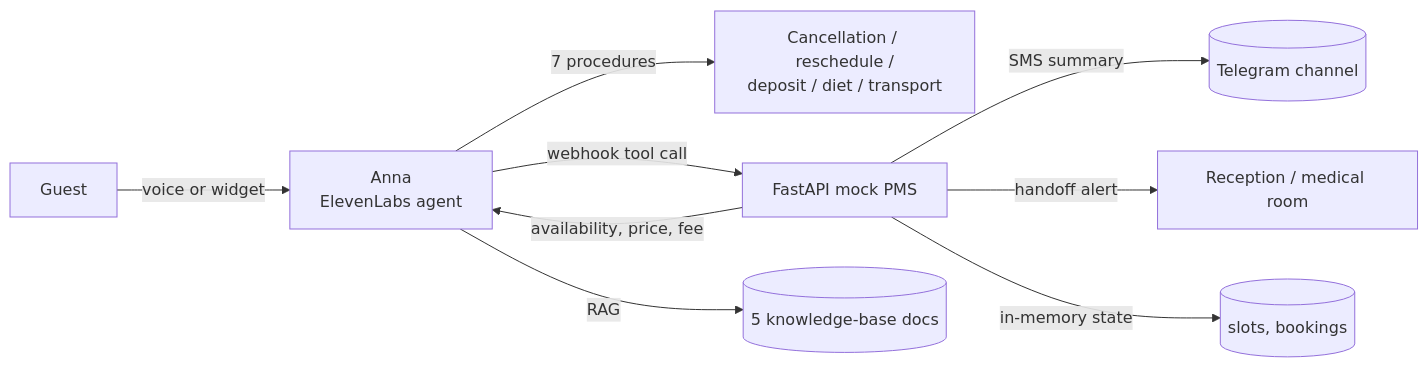
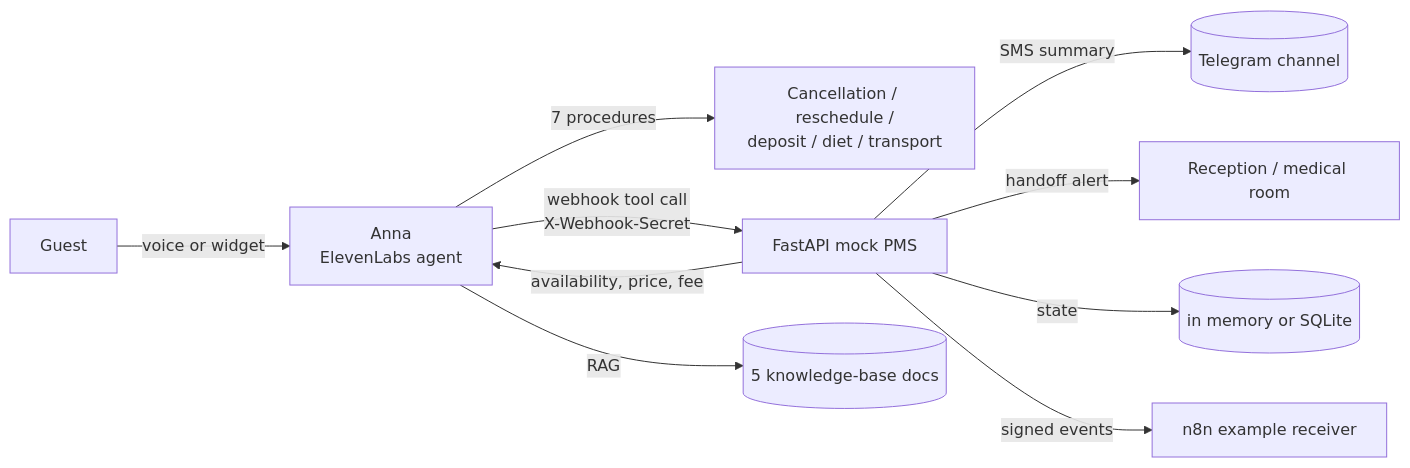
One commit to kpulka/Elevenlabs_SpaHotel_PoC changed the diagram in README.md. Above: the diagram before and after it, drawn with Mermaid. The commit also changed other lines of this file and 33 other files, not shown here.

````diff
--- a/README.md
+++ b/README.md
@@ -37,11 +43,12 @@
 ```mermaid
 flowchart LR
   G[Guest] -->|voice or widget| A[Anna<br/>ElevenLabs agent]
   A -->|7 procedures| P[Cancellation / reschedule /<br/>deposit / diet / transport]
-  A -->|webhook tool call| B[FastAPI mock PMS]
+  A -->|webhook tool call<br/>X-Webhook-Secret| B[FastAPI mock PMS]
   B -->|availability, price, fee| A
   B -->|SMS summary| T[(Telegram channel)]
   B -->|handoff alert| R[Reception / medical room]
   A -->|RAG| K[(5 knowledge-base docs)]
-  B -->|in-memory state| S[(slots, bookings)]
+  B -->|state| S[(in memory or SQLite)]
+  B -->|signed events| N[n8n example receiver]
 ```
````
